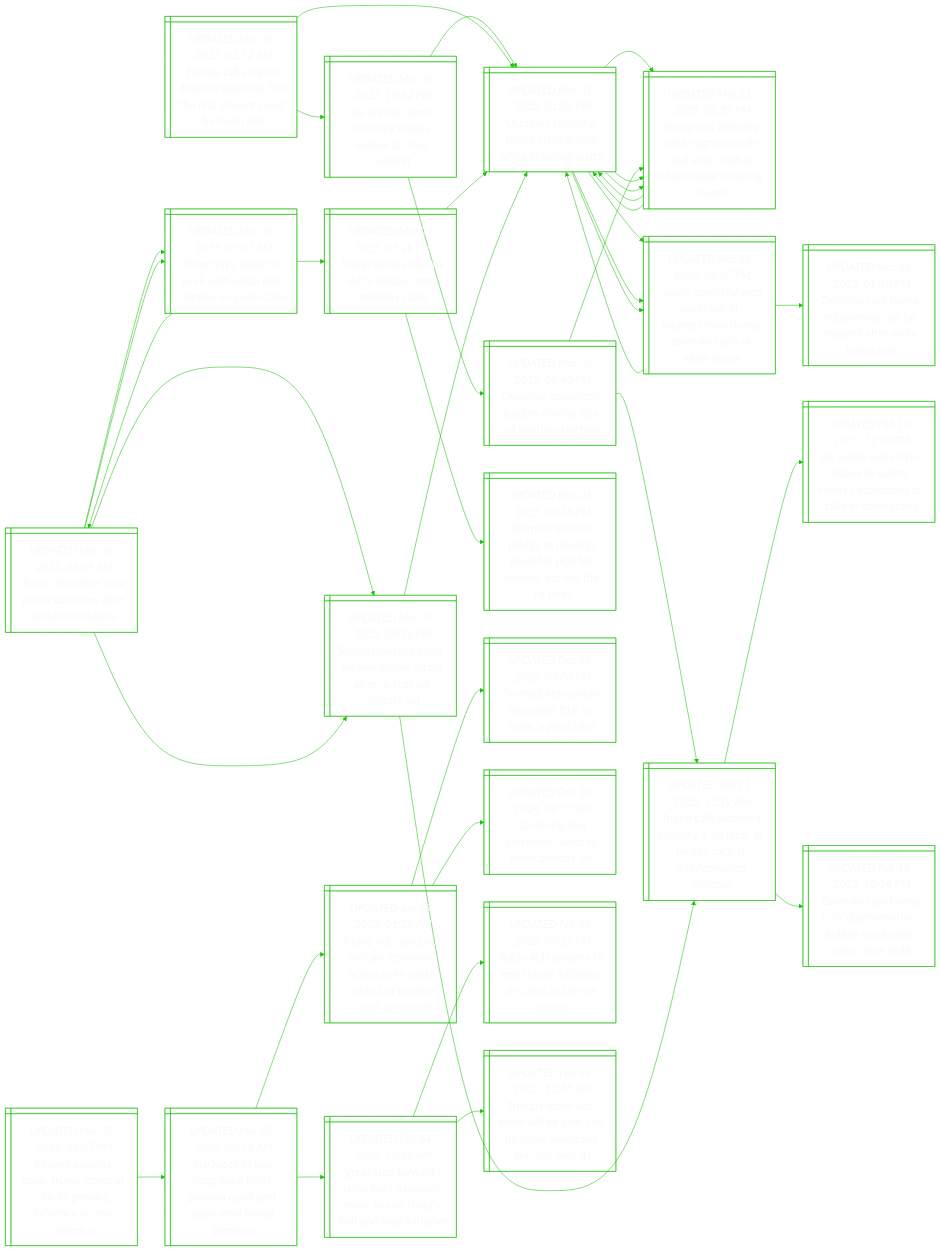
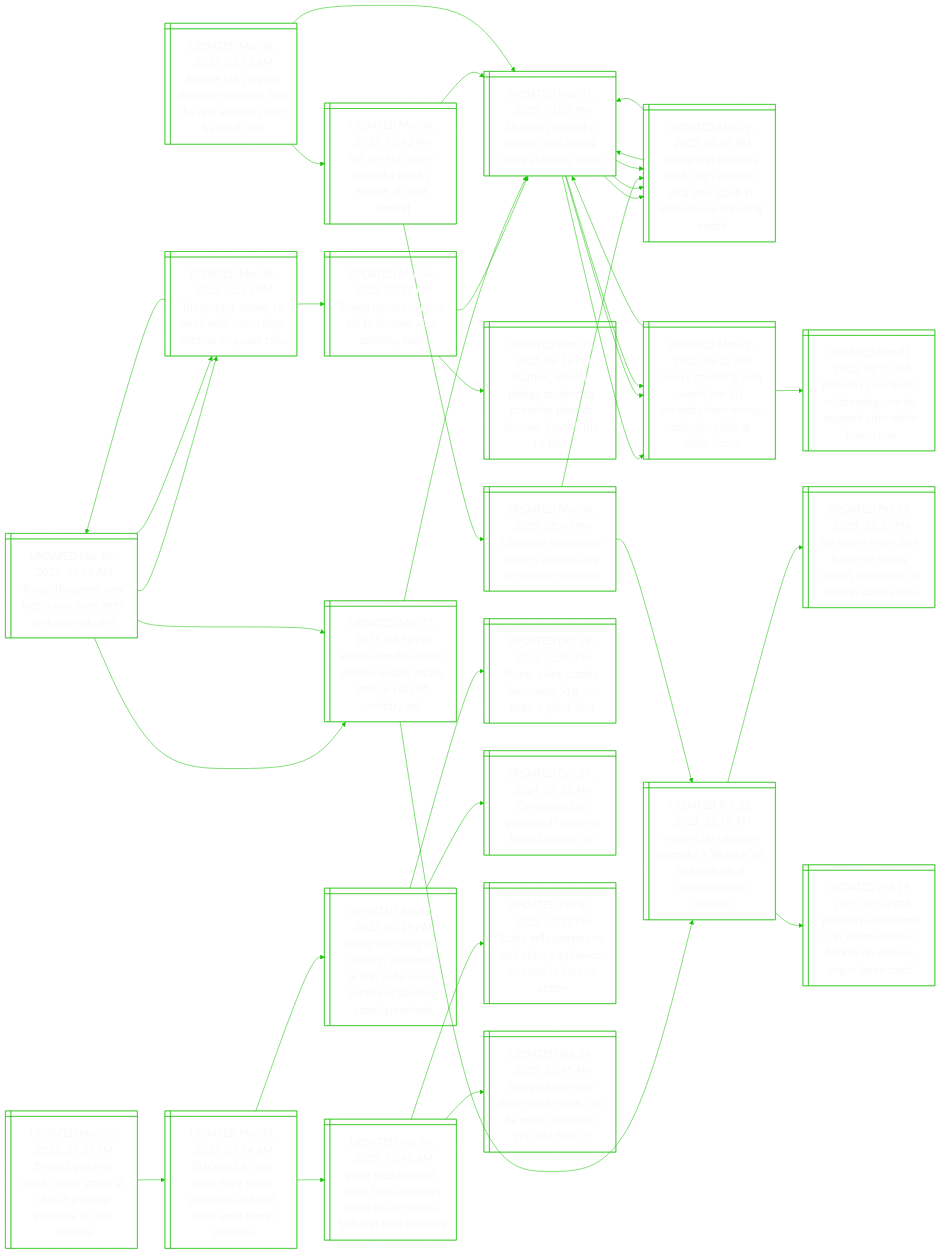
One commit to notJmes/notJmes changed the diagram in README.md. Above: the diagram before and after it, drawn with Mermaid. The commit also changed other lines of this file, not shown here.

```diff
--- a/README.md
+++ b/README.md
@@ -15,6 +15,52 @@
 %%{init: {'theme':'base', 'themeVariables': {'primaryColor': "transparent", 'primaryTextColor': "#F9F9F9", 'lineColor': "#20C20E", 'primaryBorderColor':'#20C20E'}}}%%
 flowchart LR
 classDef txtsize font-size:20px;
+
+Tttesnneini@{ shape: win-pane, label: "_UPDATED Mar 08, 2025, 06:49 AM_
+Trump threatens new russia sanctions after strikes on ukraine" }
+TsatkRaUnea@{ shape: win-pane, label: "_UPDATED Mar 08, 2025, 02:15 PM_
+Trump says ‘easier’ to work with russia than ukraine on peace talks" }
+Tpstikernl@{ shape: win-pane, label: "_UPDATED Mar 04, 2025, 07:28 PM_
+Trump pauses military aid to ukraine after zelensky clash" }
+Unlyphaiogh@{ shape: win-pane, label: "_UPDATED Mar 01, 2025, 01:05 PM_
+Ukraine’s zelensky, trump clash in oval office shouting match" }
+Sereolarnkeiet@{ shape: win-pane, label: "_UPDATED Mar 03, 2025, 06:16 PM_
+Starmer, macron pledge to develop ceasefire plan for ukraine, but will the us bite?" }
+Tttesnneini@{ shape: win-pane, label: "_UPDATED Mar 08, 2025, 06:49 AM_
+Trump threatens new russia sanctions after strikes on ukraine" }
+TsatkRaUnea@{ shape: win-pane, label: "_UPDATED Mar 08, 2025, 02:15 PM_
+Trump says ‘easier’ to work with russia than ukraine on peace talks" }
+RacakeitfSoly@{ shape: win-pane, label: "_UPDATED Mar 07, 2025, 08:36 PM_
+Russia launches major ukraine missile attack after us cuts off military aid" }
+RacakeitfSoly@{ shape: win-pane, label: "_UPDATED Mar 07, 2025, 08:36 PM_
+Russia launches major ukraine missile attack after us cuts off military aid" }
+Unlyphaiogh@{ shape: win-pane, label: "_UPDATED Mar 01, 2025, 01:05 PM_
+Ukraine’s zelensky, trump clash in oval office shouting match" }
+TalytnretaWHsit@{ shape: win-pane, label: "_UPDATED Mar 01, 2025, 01:39 PM_
+Trump and zelensky fail to sign minerals deal after clash in white house shouting match" }
+YgitlIcsTZsaWH@{ shape: win-pane, label: "_UPDATED Mar 01, 2025, 06:27 PM_
+‘you’re gambling with world war iii’: excerpts from trump-zelensky clash at white house" }
+TcUnlytaicioiis@{ shape: win-pane, label: "_UPDATED Feb 21, 2025, 12:19 AM_
+Trump calls ukraine’s zelensky a ‘dictator’ as he hits back at ‘disinformation’ criticism" }
+Umehtiusrnanii@{ shape: win-pane, label: "_UPDATED Feb 19, 2025, 11:33 PM_
+Us seems more than happy to satisfy russia’s aspirations at talks in saudi arabia" }
+Zsymnnaberumr@{ shape: win-pane, label: "_UPDATED Feb 19, 2025, 10:14 PM_
+Zelensky says trump is in ‘disinformation’ bubble on ukraine, urges ‘more truth’" }
+
+Tttesnneini:::txtsize --> TsatkRaUnea:::txtsize
+TsatkRaUnea:::txtsize --> Tpstikernl:::txtsize
+Tpstikernl:::txtsize --> Unlyphaiogh:::txtsize
+Tpstikernl:::txtsize --> Sereolarnkeiet:::txtsize
+TsatkRaUnea:::txtsize --> Tttesnneini:::txtsize
+Tttesnneini:::txtsize --> TsatkRaUnea:::txtsize
+Tttesnneini:::txtsize --> RacakeitfSoly:::txtsize
+Tttesnneini:::txtsize --> RacakeitfSoly:::txtsize
+RacakeitfSoly:::txtsize --> Unlyphaiogh:::txtsize
+Unlyphaiogh:::txtsize --> TalytnretaWHsit:::txtsize
+Unlyphaiogh:::txtsize --> YgitlIcsTZsaWH:::txtsize
+RacakeitfSoly:::txtsize --> TcUnlytaicioiis:::txtsize
+TcUnlytaicioiis:::txtsize --> Umehtiusrnanii:::txtsize
+TcUnlytaicioiis:::txtsize --> Zsymnnaberumr:::txtsize
 
 Eesnneghlnlus@{ shape: win-pane, label: "_UPDATED Mar 08, 2025, 02:52 AM_
 Europe talks big on defence spending, but the real amount could be much less" }
@@ -62,52 +108,6 @@
 YgitlIcsTZsaWH:::txtsize --> Unlyphaiogh:::txtsize
 YgitlIcsTZsaWH:::txtsize --> Zsymasaeeets:::txtsize
 
-Tttesnneini@{ shape: win-pane, label: "_UPDATED Mar 08, 2025, 06:49 AM_
-Trump threatens new russia sanctions after strikes on ukraine" }
-TsatkRaUnea@{ shape: win-pane, label: "_UPDATED Mar 08, 2025, 02:07 AM_
-Trump says ‘easier’ to work with russia than ukraine on peace talks" }
-Tpstikernl@{ shape: win-pane, label: "_UPDATED Mar 04, 2025, 07:28 PM_
-Trump pauses military aid to ukraine after zelensky clash" }
-Unlyphaiogh@{ shape: win-pane, label: "_UPDATED Mar 01, 2025, 01:05 PM_
-Ukraine’s zelensky, trump clash in oval office shouting match" }
-Sereolarnkeiet@{ shape: win-pane, label: "_UPDATED Mar 03, 2025, 06:16 PM_
-Starmer, macron pledge to develop ceasefire plan for ukraine, but will the us bite?" }
-Tttesnneini@{ shape: win-pane, label: "_UPDATED Mar 08, 2025, 06:49 AM_
-Trump threatens new russia sanctions after strikes on ukraine" }
-TsatkRaUnea@{ shape: win-pane, label: "_UPDATED Mar 08, 2025, 02:07 AM_
-Trump says ‘easier’ to work with russia than ukraine on peace talks" }
-RacakeitfSoly@{ shape: win-pane, label: "_UPDATED Mar 07, 2025, 08:36 PM_
-Russia launches major ukraine missile attack after us cuts off military aid" }
-RacakeitfSoly@{ shape: win-pane, label: "_UPDATED Mar 07, 2025, 08:36 PM_
-Russia launches major ukraine missile attack after us cuts off military aid" }
-Unlyphaiogh@{ shape: win-pane, label: "_UPDATED Mar 01, 2025, 01:05 PM_
-Ukraine’s zelensky, trump clash in oval office shouting match" }
-TalytnretaWHsit@{ shape: win-pane, label: "_UPDATED Mar 01, 2025, 01:39 PM_
-Trump and zelensky fail to sign minerals deal after clash in white house shouting match" }
-YgitlIcsTZsaWH@{ shape: win-pane, label: "_UPDATED Mar 01, 2025, 06:27 PM_
-‘you’re gambling with world war iii’: excerpts from trump-zelensky clash at white house" }
-TcUnlytaicioiis@{ shape: win-pane, label: "_UPDATED Feb 21, 2025, 12:19 AM_
-Trump calls ukraine’s zelensky a ‘dictator’ as he hits back at ‘disinformation’ criticism" }
-Umehtiusrnanii@{ shape: win-pane, label: "_UPDATED Feb 19, 2025, 11:33 PM_
-Us seems more than happy to satisfy russia’s aspirations at talks in saudi arabia" }
-Zsymnnaberumr@{ shape: win-pane, label: "_UPDATED Feb 19, 2025, 10:14 PM_
-Zelensky says trump is in ‘disinformation’ bubble on ukraine, urges ‘more truth’" }
-
-Tttesnneini:::txtsize --> TsatkRaUnea:::txtsize
-TsatkRaUnea:::txtsize --> Tpstikernl:::txtsize
-Tpstikernl:::txtsize --> Unlyphaiogh:::txtsize
-Tpstikernl:::txtsize --> Sereolarnkeiet:::txtsize
-TsatkRaUnea:::txtsize --> Tttesnneini:::txtsize
-Tttesnneini:::txtsize --> TsatkRaUnea:::txtsize
-Tttesnneini:::txtsize --> RacakeitfSoly:::txtsize
-Tttesnneini:::txtsize --> RacakeitfSoly:::txtsize
-RacakeitfSoly:::txtsize --> Unlyphaiogh:::txtsize
-Unlyphaiogh:::txtsize --> TalytnretaWHsit:::txtsize
-Unlyphaiogh:::txtsize --> YgitlIcsTZsaWH:::txtsize
-RacakeitfSoly:::txtsize --> TcUnlytaicioiis:::txtsize
-TcUnlytaicioiis:::txtsize --> Umehtiusrnanii:::txtsize
-TcUnlytaicioiis:::txtsize --> Zsymnnaberumr:::txtsize
-
 BdmamrCsifcama@{ shape: win-pane, label: "_UPDATED Mar 07, 2025, 09:37 PM_
 Beyond panama canal, trump stares at china’s growing influence in latin america" }
 BRoonmanrkdps@{ shape: win-pane, label: "_UPDATED Mar 05, 2025, 09:54 AM_
```
